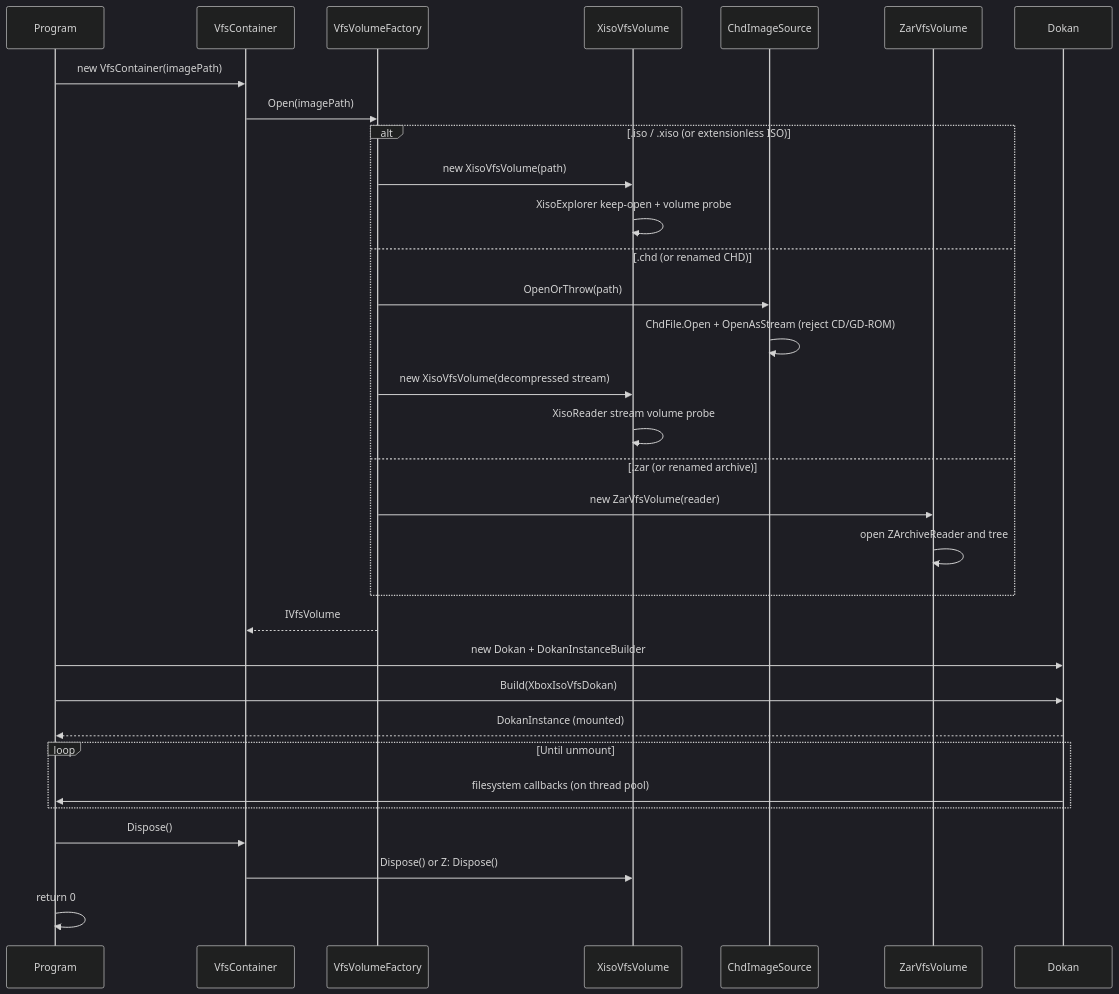
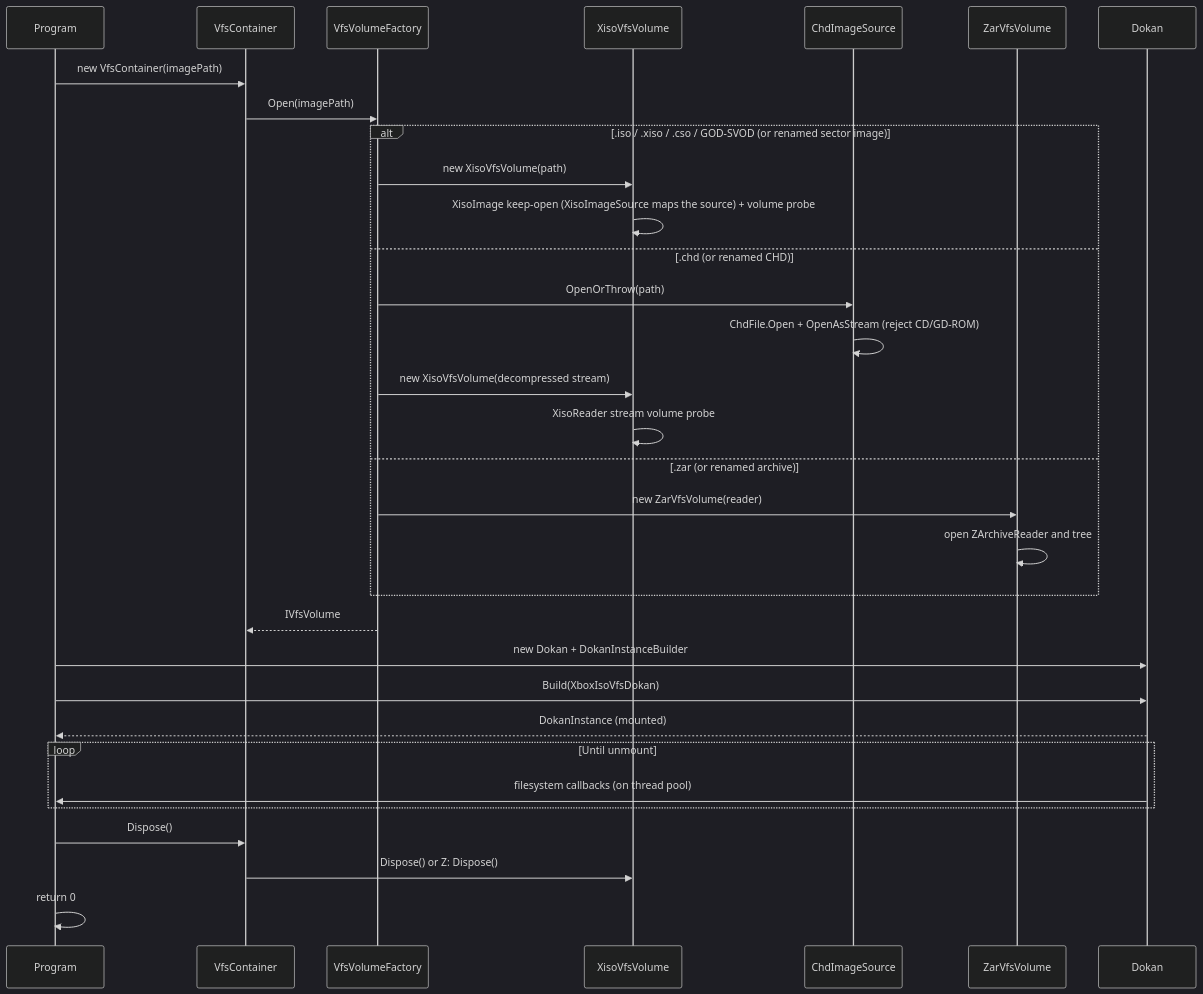
One commit to purelogiccode/SimpleXisoDrive changed the second of 2 diagrams in docs/Architecture.md. Above: the diagram before and after it, drawn with Mermaid (dark theme). The commit also changed other lines of this file and 31 other files, not shown here.

First line of the commit message:
feat: mount Xbox 360 GOD/SVOD containers

````diff
--- a/docs/Architecture.md
+++ b/docs/Architecture.md
@@ -135,35 +135,35 @@
 ```mermaid
 sequenceDiagram
     participant P as Program
     participant V as VfsContainer
     participant F as VfsVolumeFactory
     participant X as XisoVfsVolume
     participant C as ChdImageSource
     participant Z as ZarVfsVolume
     participant DK as Dokan
 
     P->>V: new VfsContainer(imagePath)
     V->>F: Open(imagePath)
-    alt .iso / .xiso (or extensionless ISO)
+    alt .iso / .xiso / .cso / GOD-SVOD (or renamed sector image)
         F->>X: new XisoVfsVolume(path)
-        X->>X: XisoExplorer keep-open + volume probe
+        X->>X: XisoImage keep-open (XisoImageSource maps the source) + volume probe
     else .chd (or renamed CHD)
         F->>C: OpenOrThrow(path)
         C->>C: ChdFile.Open + OpenAsStream (reject CD/GD-ROM)
         F->>X: new XisoVfsVolume(decompressed stream)
         X->>X: XisoReader stream volume probe
     else .zar (or renamed archive)
         F->>Z: new ZarVfsVolume(reader)
         Z->>Z: open ZArchiveReader and tree
     end
     F-->>V: IVfsVolume
     P->>DK: new Dokan + DokanInstanceBuilder
     P->>DK: Build(XboxIsoVfsDokan)
     DK-->>P: DokanInstance (mounted)
     loop Until unmount
         DK->>P: filesystem callbacks (on thread pool)
     end
     P->>V: Dispose()
     V->>X: Dispose() or Z: Dispose()
     P->>P: return 0
 ```
````
